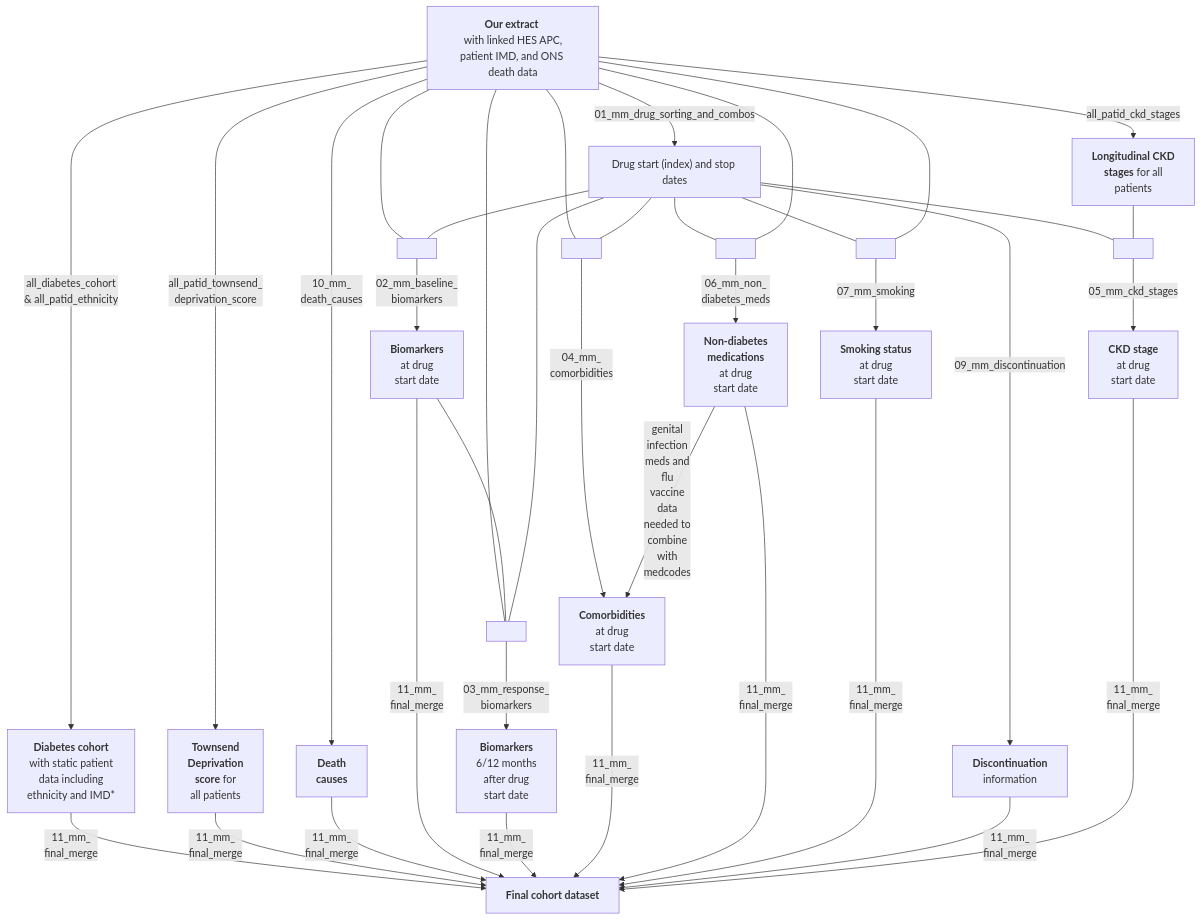
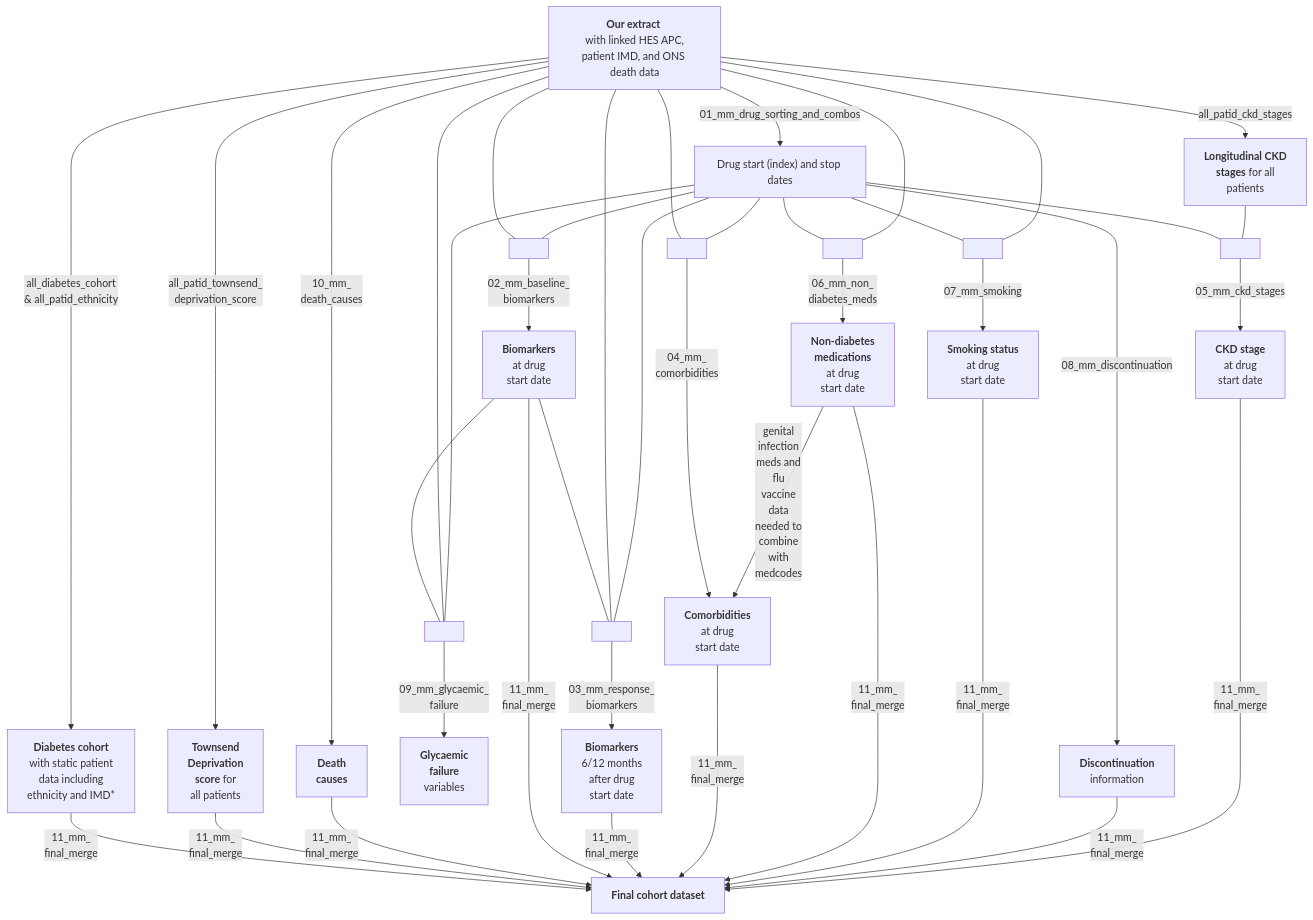
One commit to Exeter-Diabetes/CPRD-Cohort-scripts changed the diagram in 03-Treatment-response-(MASTERMIND)/README.md. Above: the diagram before and after it, drawn with Mermaid.

````diff
--- a/03-Treatment-response-(MASTERMIND)/README.md
+++ b/03-Treatment-response-(MASTERMIND)/README.md
@@ -13,49 +13,54 @@
 ```mermaid
 graph TD;
     A["<b>Our extract</b> <br> with linked HES APC, patient IMD, and ONS death data"] --> |"all_diabetes_cohort <br> & all_patid_ethnicity"|B["<b>Diabetes cohort<br></b> with static patient <br>data including <br>ethnicity and IMD*"]
     A-->|"all_patid_townsend_<br>deprivation_score"|N["<b>Townsend<br> Deprivation<br>score</b> for<br> all patients"]
     A-->|"10_mm_<br>death_causes"|O["<b>Death<br>causes</b>"]
     A-->|"01_mm_drug_sorting_and_combos"|H["Drug start (index) and stop dates"]
 
+    E---P[ ]:::empty
+    A---P
+    H---P
+    P-->|"09_mm_glycaemic_<br>failure"|Q["<b>Glycaemic<br>failure</b><br>variables"]
+
     A---Y[ ]:::empty
     H---Y
     Y-->|"02_mm_baseline_<br>biomarkers"|E["<b>Biomarkers</b> <br> at drug <br> start date"]
-    
-    A---T[ ]:::empty
-    E---T
+
+    E---T[ ]:::empty
+    A---T
     H---T
     T-->|"03_mm_response_<br>biomarkers"|L["<b>Biomarkers</b> <br> 6/12 months <br> after drug <br>start date"]
     
     A---W[ ]:::empty
     H---W
     W-->|"04_mm_<br>comorbidities"|F["<b>Comorbidities</b> <br> at drug <br> start date"]
     
     H---U[ ]:::empty
     A---U
     U-->|"06_mm_non_<br>diabetes_meds"|M["<b>Non-diabetes <br>medications</b> <br> at drug <br> start date"]
     
     M-->|"genital<br>infection<br>meds and<br>flu<br>vaccine<br>data<br>needed to<br>combine<br>with<br>medcodes"|F
     
     H---X[ ]:::empty
     A---X
     X-->|"07_mm_smoking"|G["<b>Smoking status</b> <br> at drug <br> start date"]
     
-    H-->|"09_mm_discontinuation"|V["<b>Discontinuation</b><br> information"]
+    H-->|"08_mm_discontinuation"|V["<b>Discontinuation</b><br> information"]
     
     A-->|"all_patid_ckd_stages"|C["<b>Longitudinal CKD <br> stages</b> for all <br> patients"]
     H---Z[ ]:::empty
     C---Z
     Z-->|"05_mm_ckd_stages"|I["<b>CKD stage </b> <br> at drug <br> start date"]
     
     
     B-->|"11_mm_<br>final_merge"|J["<b>Final cohort dataset</b>"]
     N-->|"11_mm_<br>final_merge"|J
     O-->|"11_mm_<br>final_merge"|J
     E-->|"11_mm_<br>final_merge"|J
     L-->|"11_mm_<br>final_merge"|J
     F-->|"11_mm_<br>final_merge"|J
     M-->|"11_mm_<br>final_merge"|J  
     G-->|"11_mm_<br>final_merge"|J
     V-->|"11_mm_<br>final_merge"|J
     I-->|"11_mm_<br>final_merge"|J  
 ```
````
